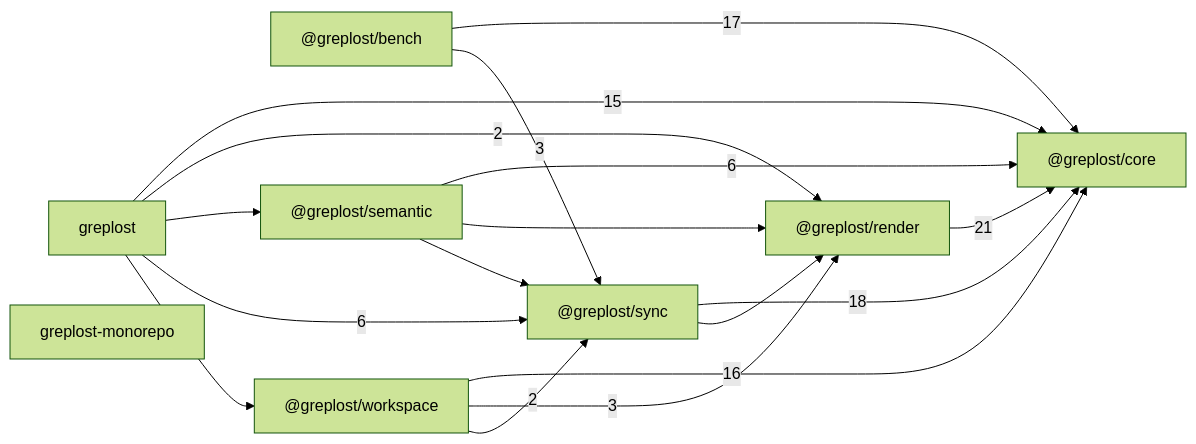
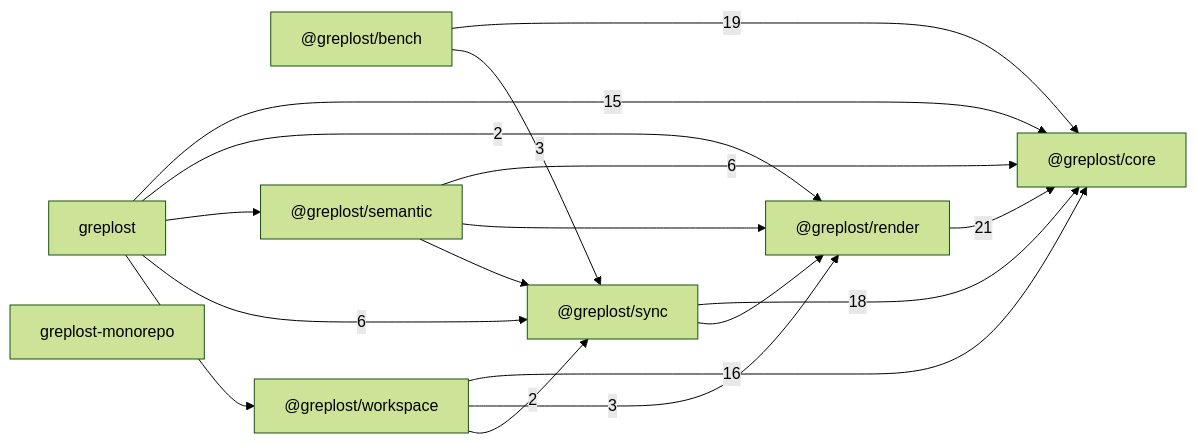
Before and after one commit to sns45/greplost: the diagram in .greplost/repo/MAP.md, drawn with Mermaid (forest theme). The commit also changed other lines of this file and 19 other files, not shown here.

````diff
--- a/.greplost/repo/MAP.md
+++ b/.greplost/repo/MAP.md
@@ -21,27 +21,27 @@
 ```mermaid
 graph LR
   _greplost_bench["@greplost/bench"]
   _greplost_core["@greplost/core"]
   _greplost_render["@greplost/render"]
   _greplost_semantic["@greplost/semantic"]
   _greplost_sync["@greplost/sync"]
   _greplost_workspace["@greplost/workspace"]
   greplost["greplost"]
   greplost_monorepo["greplost-monorepo"]
-  _greplost_bench -->|17| _greplost_core
+  _greplost_bench -->|19| _greplost_core
   _greplost_bench -->|3| _greplost_sync
   _greplost_render -->|21| _greplost_core
   _greplost_semantic -->|6| _greplost_core
   _greplost_semantic --> _greplost_render
   _greplost_semantic --> _greplost_sync
   _greplost_sync -->|18| _greplost_core
   _greplost_sync --> _greplost_render
   _greplost_workspace -->|16| _greplost_core
   _greplost_workspace -->|3| _greplost_render
   _greplost_workspace -->|2| _greplost_sync
   greplost -->|15| _greplost_core
   greplost -->|2| _greplost_render
   greplost --> _greplost_semantic
   greplost -->|6| _greplost_sync
   greplost --> _greplost_workspace
 ```
````
